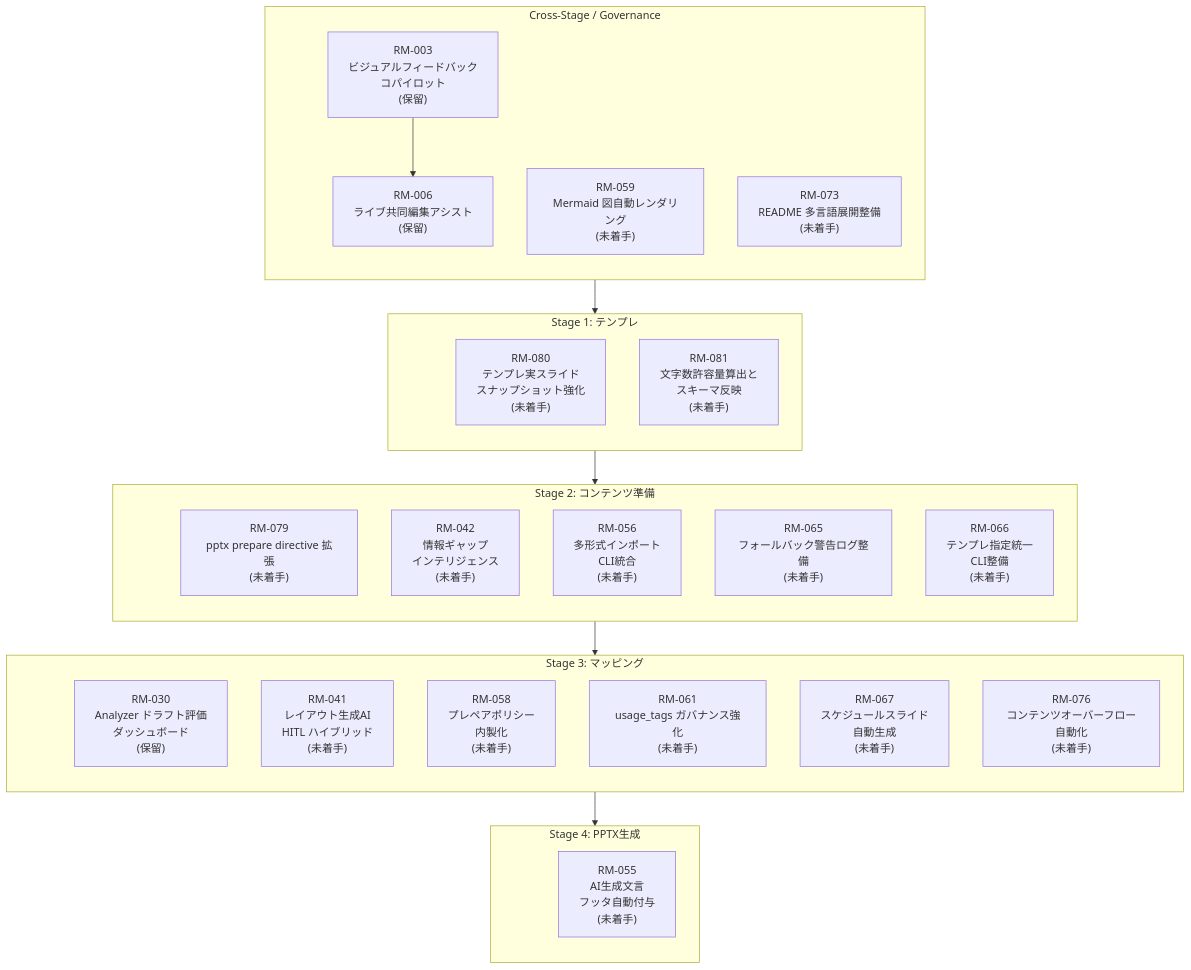
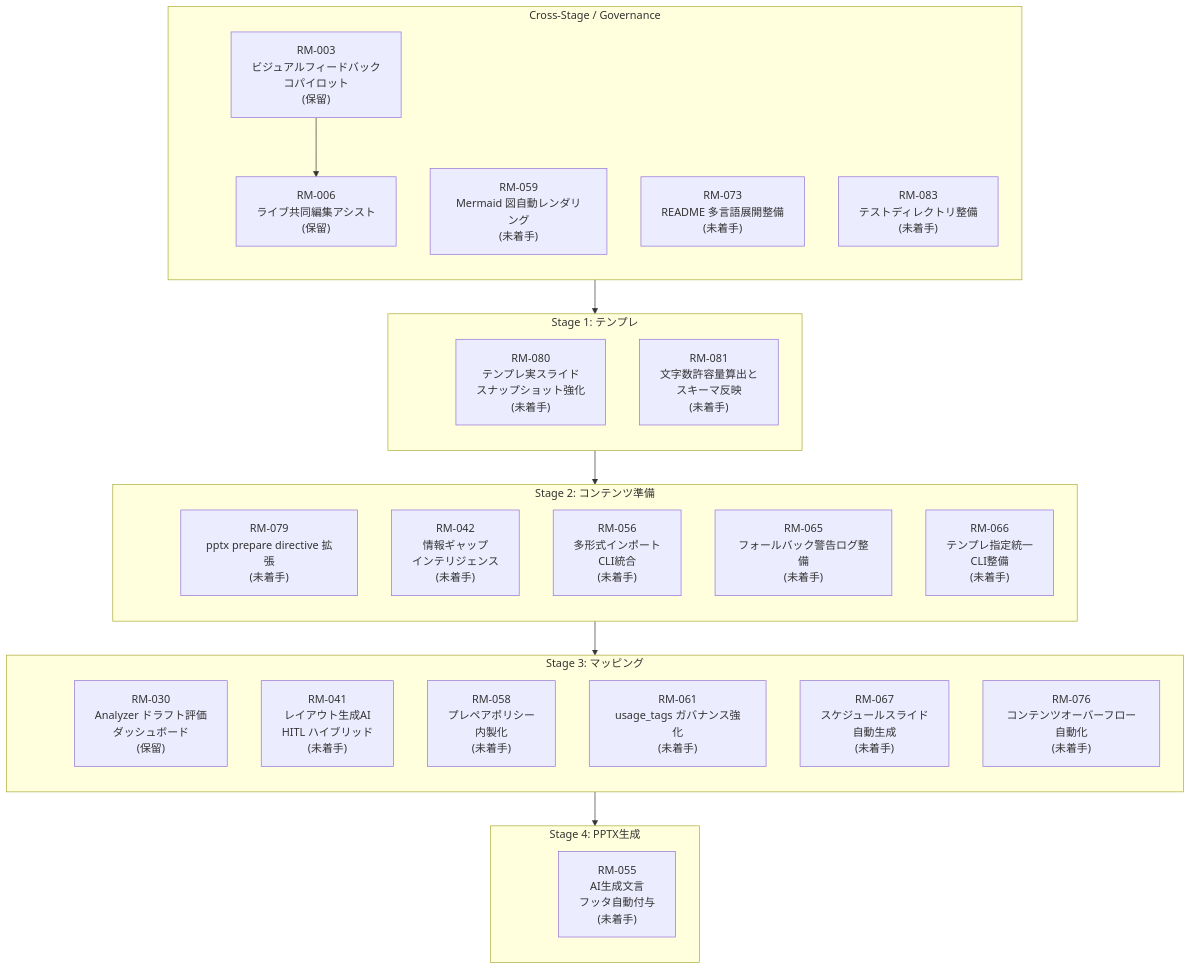
Before and after one commit to yurake/pptx_generator: the diagram in docs/roadmap/roadmap.md, drawn with Mermaid. The commit also changed other lines of this file and 3 other files, not shown here.

````diff
--- a/docs/roadmap/roadmap.md
+++ b/docs/roadmap/roadmap.md
@@ -25,55 +25,56 @@
 ```mermaid
 flowchart TB
     subgraph GOV["Cross-Stage / Governance"]
         direction TB
         GOV_ANCHOR(( ))
         RM003["RM-003<br/>ビジュアルフィードバック<br/>コパイロット<br/>(保留)"]
         RM006["RM-006<br/>ライブ共同編集アシスト<br/>(保留)"]
         RM059["RM-059<br/>Mermaid 図自動レンダリング<br/>(未着手)"]
         RM073["RM-073<br/>README 多言語展開整備<br/>(未着手)"]
+        RM083["RM-083<br/>テストディレクトリ整備<br/>(未着手)"]
     end
 
     subgraph ST1["Stage 1: テンプレ"]
         direction TB
         ST1_ANCHOR(( ))
         RM080["RM-080<br/>テンプレ実スライド<br/>スナップショット強化<br/>(未着手)"]
         RM081["RM-081<br/>文字数許容量算出と<br/>スキーマ反映<br/>(未着手)"]
     end
 
     subgraph ST2["Stage 2: コンテンツ準備"]
         direction TB
         ST2_ANCHOR(( ))
         RM079["RM-079<br/>pptx prepare directive 拡張<br/>(未着手)"]
         RM042["RM-042<br/>情報ギャップ<br/>インテリジェンス<br/>(未着手)"]
         RM056["RM-056<br/>多形式インポート<br/>CLI統合<br/>(未着手)"]
         RM065["RM-065<br/>フォールバック警告ログ整備<br/>(未着手)"]
         RM066["RM-066<br/>テンプレ指定統一<br/>CLI整備<br/>(未着手)"]
     end
 
     subgraph ST3["Stage 3: マッピング"]
         direction TB
         ST3_ANCHOR(( ))
         RM030["RM-030<br/>Analyzer ドラフト評価<br/>ダッシュボード<br/>(保留)"]
         RM041["RM-041<br/>レイアウト生成AI<br/>HITL ハイブリッド<br/>(未着手)"]
         RM058["RM-058<br/>プレペアポリシー<br/>内製化<br/>(未着手)"]
         RM061["RM-061<br/>usage_tags ガバナンス強化<br/>(未着手)"]
         RM067["RM-067<br/>スケジュールスライド<br/>自動生成<br/>(未着手)"]
         RM076["RM-076<br/>コンテンツオーバーフロー自動化<br/>(未着手)"]
     end
 
     subgraph ST4["Stage 4: PPTX生成"]
         direction TB
         ST4_ANCHOR(( ))
         RM055["RM-055<br/>AI生成文言<br/>フッタ自動付与<br/>(未着手)"]
     end
 
     style GOV_ANCHOR fill:transparent,stroke:transparent
     style ST1_ANCHOR fill:transparent,stroke:transparent
     style ST2_ANCHOR fill:transparent,stroke:transparent
     style ST3_ANCHOR fill:transparent,stroke:transparent
     style ST4_ANCHOR fill:transparent,stroke:transparent
 
     GOV_ANCHOR --> ST1_ANCHOR --> ST2_ANCHOR --> ST3_ANCHOR --> ST4_ANCHOR
 
     RM003 --> RM006
 ```
````
